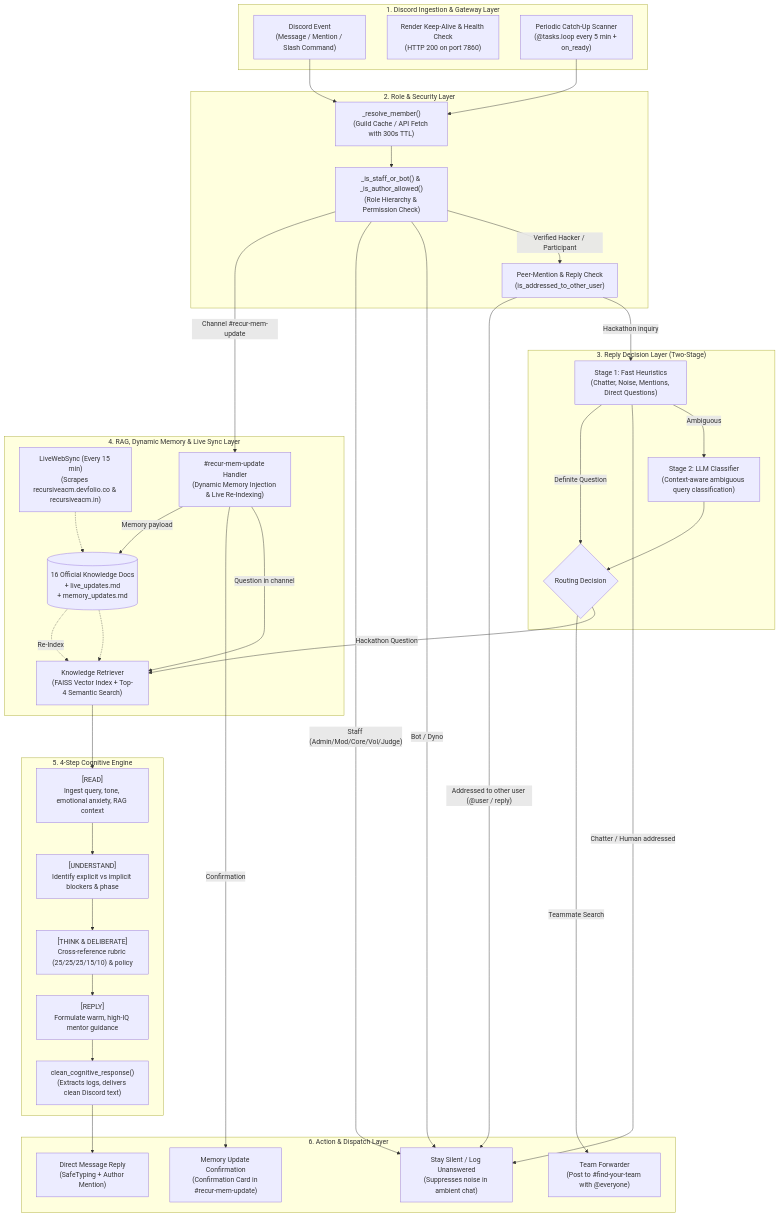
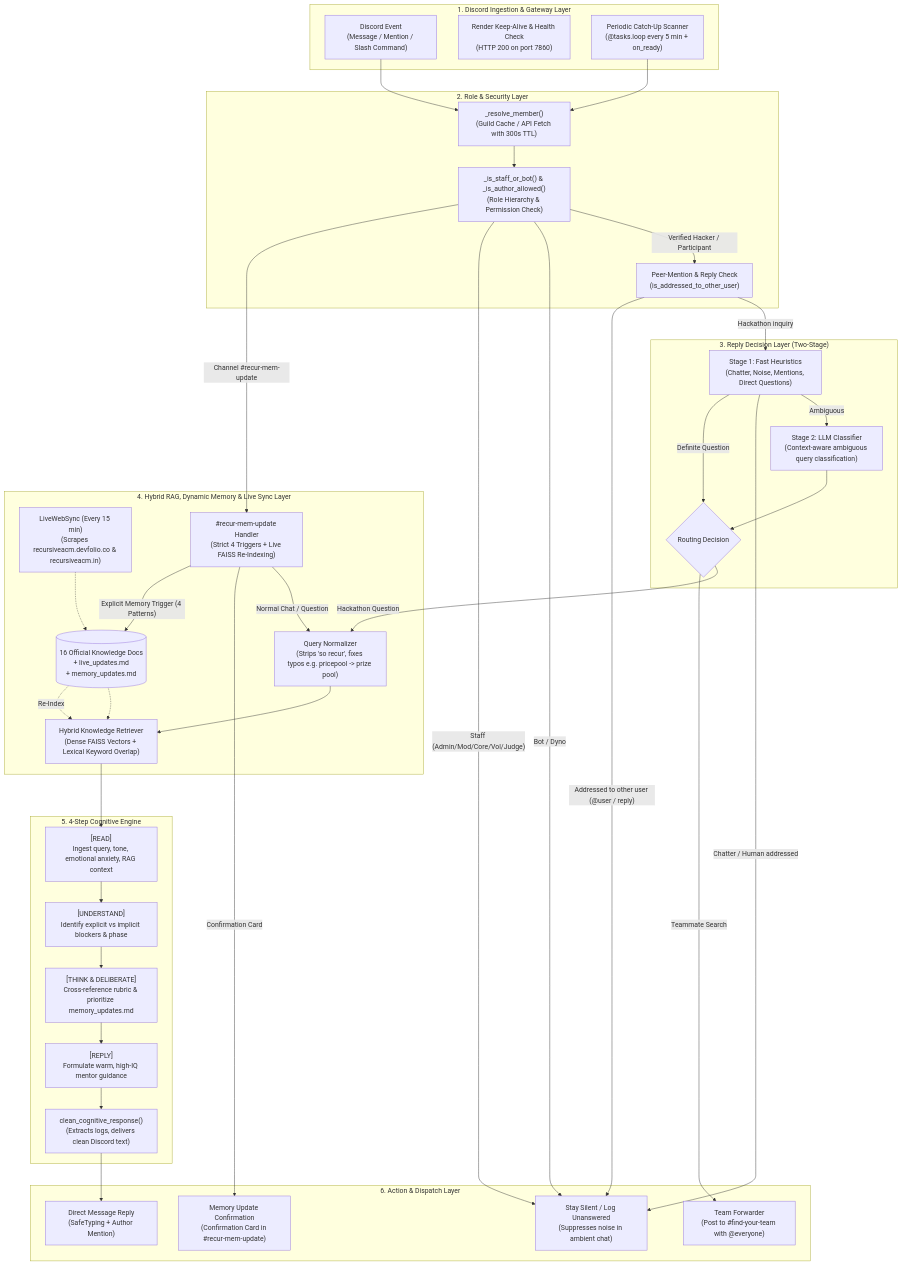
The first of 2 diagrams in docs/ARCHITECTURE.md (aryarakshit/Recur), drawn with Mermaid before and after one commit. The commit also changed other lines of this file, not shown here.

Commit message:
docs: update system architecture with hybrid RAG, dynamic memory triggers, and priority retrieval

````diff
--- a/docs/ARCHITECTURE.md
+++ b/docs/ARCHITECTURE.md
@@ -12,67 +12,69 @@
 ```mermaid
 flowchart TD
     subgraph Discord_Layer["1. Discord Ingestion & Gateway Layer"]
         Event["Discord Event\n(Message / Mention / Slash Command)"]
         KeepAlive["Render Keep-Alive & Health Check\n(HTTP 200 on port 7860)"]
         Scanner["Periodic Catch-Up Scanner\n(@tasks.loop every 5 min + on_ready)"]
     end
 
     subgraph Security_Layer["2. Role & Security Layer"]
         Resolver["_resolve_member()\n(Guild Cache / API Fetch with 300s TTL)"]
         RoleFilter["_is_staff_or_bot() & _is_author_allowed()\n(Role Hierarchy & Permission Check)"]
         PeerFilter["Peer-Mention & Reply Check\n(is_addressed_to_other_user)"]
     end
 
     subgraph Decision_Layer["3. Reply Decision Layer (Two-Stage)"]
         Heuristics["Stage 1: Fast Heuristics\n(Chatter, Noise, Mentions, Direct Questions)"]
         Classifier["Stage 2: LLM Classifier\n(Context-aware ambiguous query classification)"]
         Router{"Routing Decision"}
     end
 
-    subgraph RAG_Layer["4. RAG, Dynamic Memory & Live Sync Layer"]
-        Retriever["Knowledge Retriever\n(FAISS Vector Index + Top-4 Semantic Search)"]
+    subgraph RAG_Layer["4. Hybrid RAG, Dynamic Memory & Live Sync Layer"]
+        Normalizer["Query Normalizer\n(Strips 'so recur', fixes typos e.g. pricepool -> prize pool)"]
+        Retriever["Hybrid Knowledge Retriever\n(Dense FAISS Vectors + Lexical Keyword Overlap)"]
         LiveSync["LiveWebSync (Every 15 min)\n(Scrapes recursiveacm.devfolio.co & recursiveacm.in)"]
-        MemUpdate["#recur-mem-update Handler\n(Dynamic Memory Injection & Live Re-Indexing)"]
+        MemUpdate["#recur-mem-update Handler\n(Strict 4 Triggers + Live FAISS Re-Indexing)"]
         KnowledgeBase[("16 Official Knowledge Docs\n+ live_updates.md\n+ memory_updates.md")]
     end
 
     subgraph Cognitive_Layer["5. 4-Step Cognitive Engine"]
         Read["[READ]\nIngest query, tone, emotional anxiety, RAG context"]
         Understand["[UNDERSTAND]\nIdentify explicit vs implicit blockers & phase"]
-        Think["[THINK & DELIBERATE]\nCross-reference rubric (25/25/25/15/10) & policy"]
+        Think["[THINK & DELIBERATE]\nCross-reference rubric & prioritize memory_updates.md"]
         Reply["[REPLY]\nFormulate warm, high-IQ mentor guidance"]
         Cleaner["clean_cognitive_response()\n(Extracts logs, delivers clean Discord text)"]
     end
 
     subgraph Output_Layer["6. Action & Dispatch Layer"]
         SendReply["Direct Message Reply\n(SafeTyping + Author Mention)"]
         ForwardTeam["Team Forwarder\n(Post to #find-your-team with @everyone)"]
         MemConfirm["Memory Update Confirmation\n(Confirmation Card in #recur-mem-update)"]
         Silent["Stay Silent / Log Unanswered\n(Suppresses noise in ambient chat)"]
     end
 
     Event --> Resolver
     Scanner --> Resolver
     Resolver --> RoleFilter
     RoleFilter -- "Channel #recur-mem-update" --> MemUpdate
     RoleFilter -- "Staff (Admin/Mod/Core/Vol/Judge)" --> Silent
     RoleFilter -- "Bot / Dyno" --> Silent
     RoleFilter -- "Verified Hacker / Participant" --> PeerFilter
 
-    MemUpdate -- "Memory payload" --> KnowledgeBase
+    MemUpdate -- "Explicit Memory Trigger (4 Patterns)" --> KnowledgeBase
     KnowledgeBase -. Re-Index .-> Retriever
-    MemUpdate -- "Confirmation" --> MemConfirm
-    MemUpdate -- "Question in channel" --> Retriever
+    MemUpdate -- "Confirmation Card" --> MemConfirm
+    MemUpdate -- "Normal Chat / Question" --> Normalizer
 
     PeerFilter -- "Addressed to other user (@user / reply)" --> Silent
     PeerFilter -- "Hackathon inquiry" --> Heuristics
 
     Heuristics -- "Definite Question" --> Router
     Heuristics -- "Chatter / Human addressed" --> Silent
     Heuristics -- "Ambiguous" --> Classifier --> Router
 
     Router -- "Teammate Search" --> ForwardTeam
-    Router -- "Hackathon Question" --> Retriever
+    Router -- "Hackathon Question" --> Normalizer
+    Normalizer --> Retriever
     LiveSync -.-> KnowledgeBase -.-> Retriever
     Retriever --> Read --> Understand --> Think --> Reply --> Cleaner --> SendReply
 ```
````
